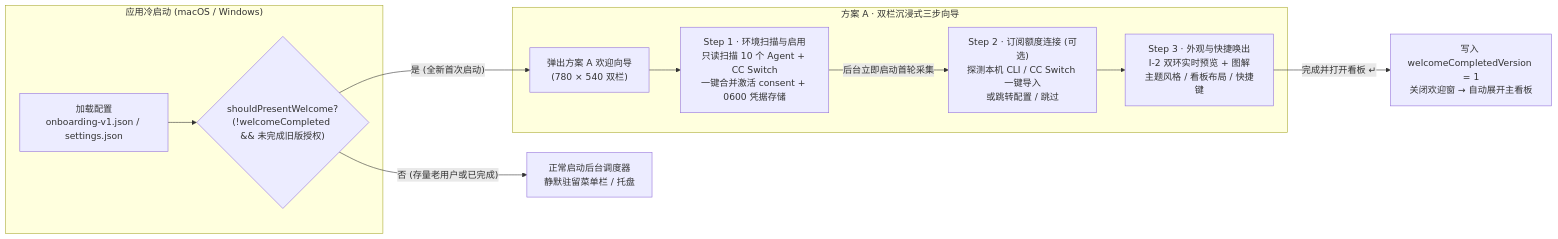
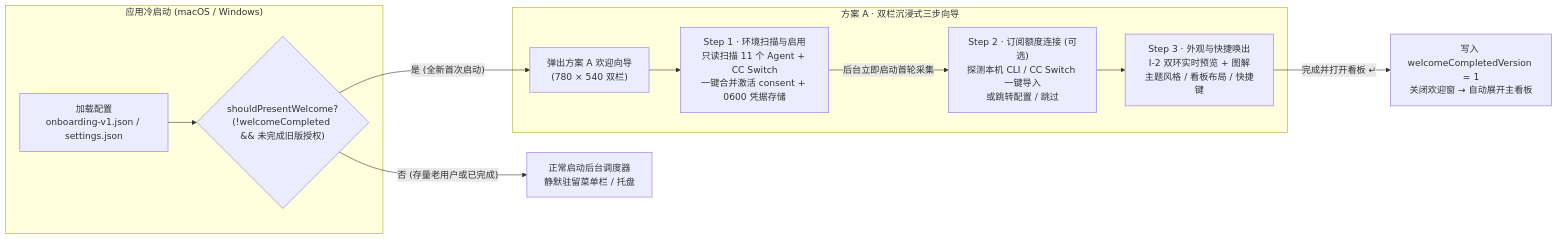
Before and after one commit to 4everSivan/Bruce: the diagram in docs/devel/design/10-首次启动欢迎与引导向导.md, drawn with Mermaid. The commit also changed other lines of this file and 63 other files, not shown here.

````diff
--- a/docs/devel/design/10-首次启动欢迎与引导向导.md
+++ b/docs/devel/design/10-首次启动欢迎与引导向导.md
@@ -59,17 +59,17 @@
 ```mermaid
 flowchart LR
   subgraph 启动阶段["应用冷启动 (macOS / Windows)"]
     A["加载配置<br/>onboarding-v1.json / settings.json"] --> B{"shouldPresentWelcome?<br/>(!welcomeCompleted && 未完成旧版授权)"}
   end
 
   B -- "否 (存量老用户或已完成)" --> C["正常启动后台调度器<br/>静默驻留菜单栏 / 托盘"]
   B -- "是 (全新首次启动)" --> D["弹出方案 A 欢迎向导<br/>(780 × 540 双栏)"]
 
   subgraph 三步向导["方案 A · 双栏沉浸式三步向导"]
-    D --> S1["Step 1 · 环境扫描与启用<br/>只读扫描 10 个 Agent + CC Switch<br/>一键合并激活 consent + 0600 凭据存储"]
+    D --> S1["Step 1 · 环境扫描与启用<br/>只读扫描 11 个 Agent + CC Switch<br/>一键合并激活 consent + 0600 凭据存储"]
     S1 -- "后台立即启动首轮采集" --> S2["Step 2 · 订阅额度连接 (可选)<br/>探测本机 CLI / CC Switch 一键导入<br/>或跳转配置 / 跳过"]
     S2 --> S3["Step 3 · 外观与快捷唤出<br/>I-2 双环实时预览 + 图解<br/>主题风格 / 看板布局 / 快捷键"]
   end
 
   S3 -- "完成并打开看板 ↵" --> E["写入 welcomeCompletedVersion = 1<br/>关闭欢迎窗 → 自动展开主看板"]
 ```
````
